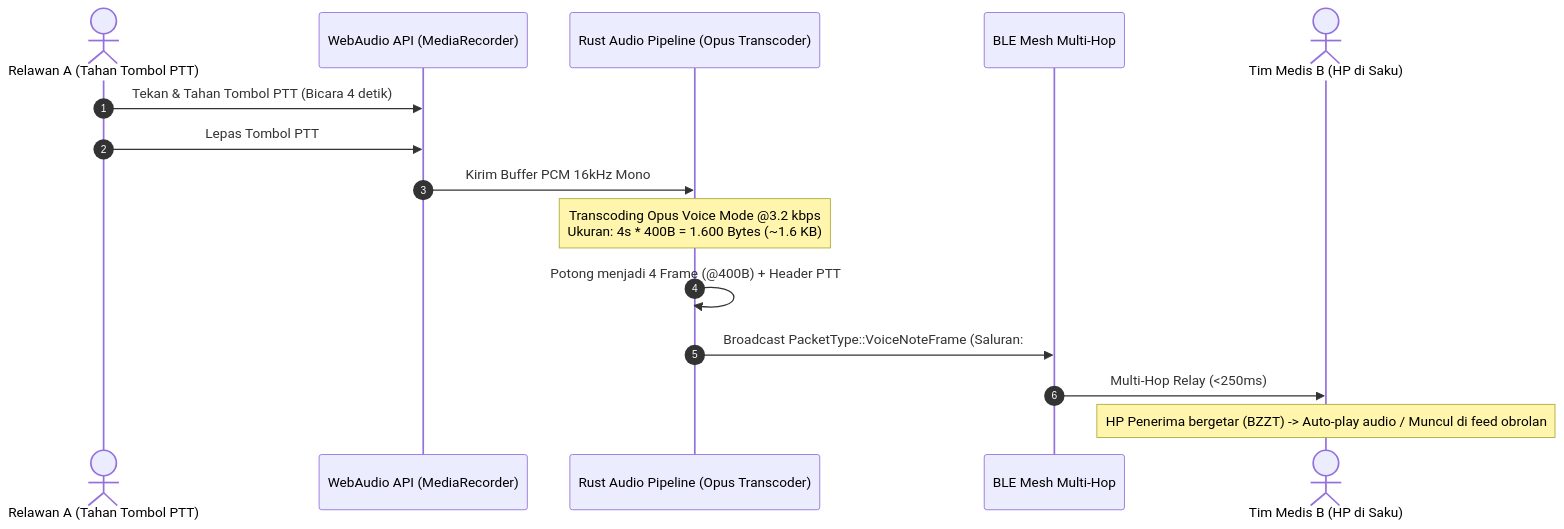
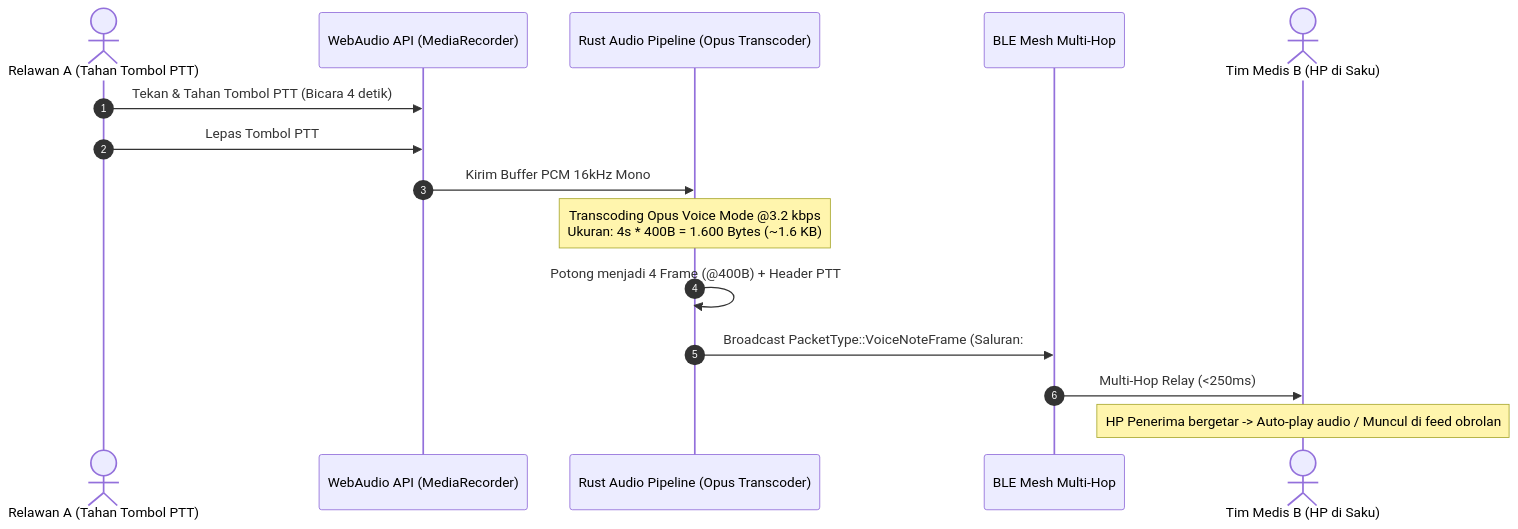
Before and after one commit to untacorp/sandya: the third of 4 diagrams in docs/spesifikasi-mesh-dan-intercom.md, drawn with Mermaid. The commit also changed other lines of this file and 34 other files, not shown here.

````diff
--- a/docs/spesifikasi-mesh-dan-intercom.md
+++ b/docs/spesifikasi-mesh-dan-intercom.md
@@ -203,18 +204,18 @@
 ```mermaid
 sequenceDiagram
   autonumber
-  actor Pengirim as  Relawan A (Tahan Tombol PTT)
-  participant WebAudio as  WebAudio API (MediaRecorder)
-  participant RustCore as  Rust Audio Pipeline (Opus Transcoder)
-  participant BLEMesh as  BLE Mesh Multi-Hop
-  actor Penerima as  Tim Medis B (HP di Saku)
+  actor Pengirim as Relawan A (Tahan Tombol PTT)
+  participant WebAudio as WebAudio API (MediaRecorder)
+  participant RustCore as Rust Audio Pipeline (Opus Transcoder)
+  participant BLEMesh as BLE Mesh Multi-Hop
+  actor Penerima as Tim Medis B (HP di Saku)
 
   Pengirim->>WebAudio: Tekan & Tahan Tombol PTT (Bicara 4 detik)
   Pengirim->>WebAudio: Lepas Tombol PTT
   WebAudio->>RustCore: Kirim Buffer PCM 16kHz Mono
   Note over RustCore: Transcoding Opus Voice Mode @3.2 kbps<br/>Ukuran: 4s * 400B = 1.600 Bytes (~1.6 KB)
   RustCore->>RustCore: Potong menjadi 4 Frame (@400B) + Header PTT
   RustCore->>BLEMesh: Broadcast PacketType::VoiceNoteFrame (Saluran: #medis)
   BLEMesh->>Penerima: Multi-Hop Relay (<250ms)
-  Note over Penerima: HP Penerima bergetar (BZZT) -> Auto-play audio / Muncul di feed obrolan
+  Note over Penerima: HP Penerima bergetar -> Auto-play audio / Muncul di feed obrolan
 ```
````
